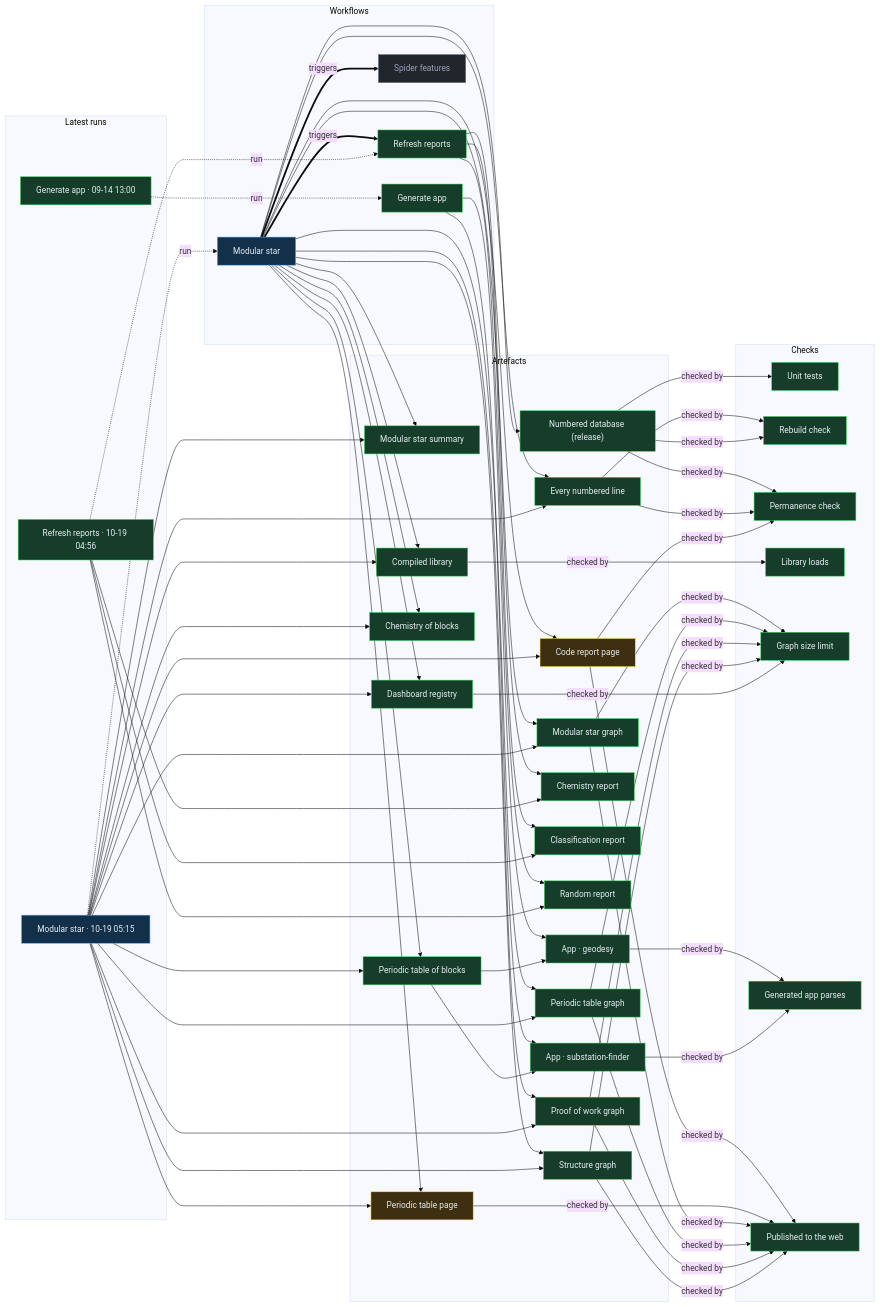
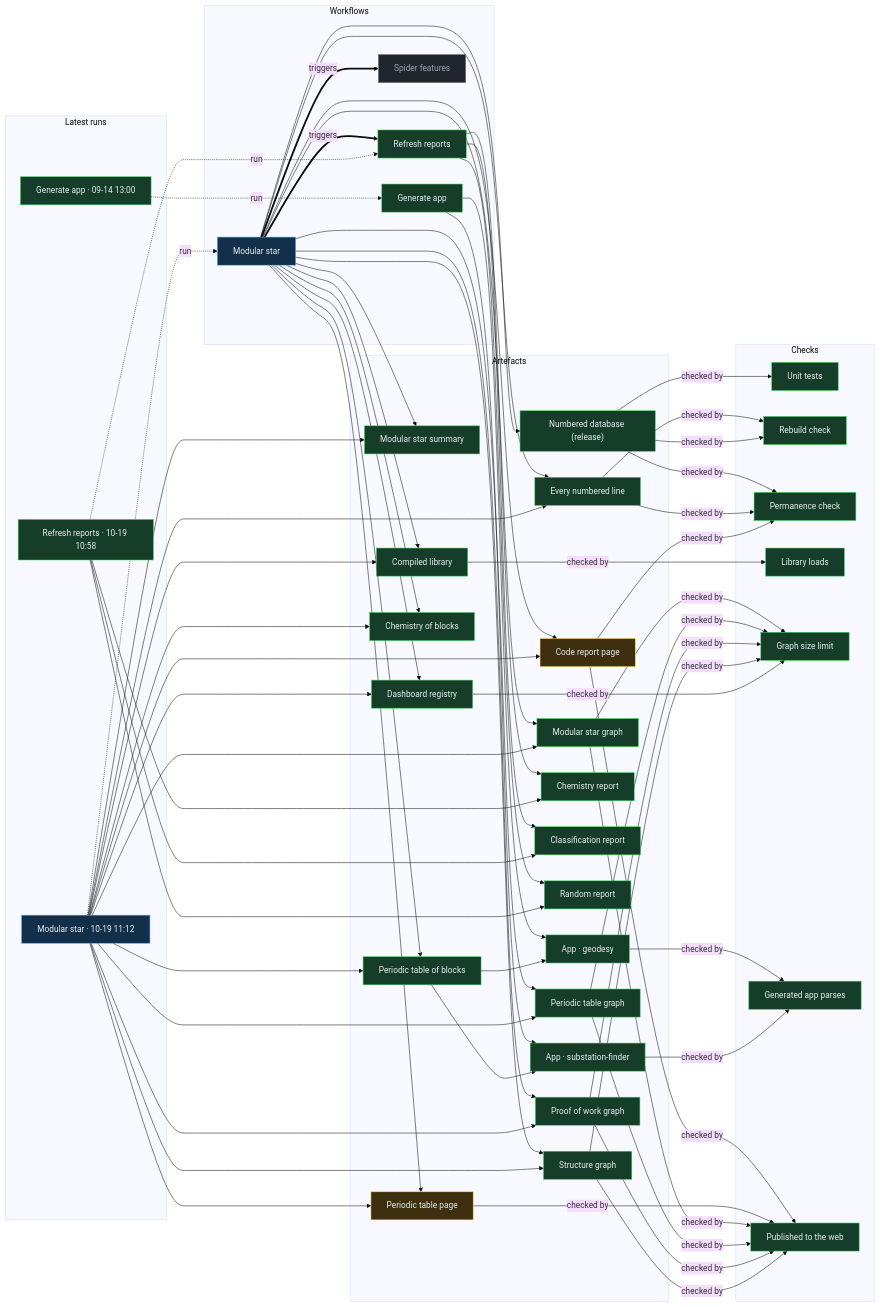
One commit to Ventusltd/stars changed the diagram in proof/PROOF.md. Above: the diagram before and after it, drawn with Mermaid (base theme). The commit also changed other lines of this file and 35 other files, not shown here.

Commit message:
Modular star 2026-10-19T11:14Z

```diff
--- a/proof/PROOF.md
+++ b/proof/PROOF.md
@@ -24,8 +24,8 @@
   n_wf_spider_features["Spider features"]:::off
   end
   subgraph g_runs["Latest runs"]
-  n_run_39203598775["Modular star · 10-19 05:15"]:::live
-  n_run_39202016427["Refresh reports · 10-19 04:56"]:::ok
+  n_run_39242935726["Modular star · 10-19 11:12"]:::live
+  n_run_39241307699["Refresh reports · 10-19 10:58"]:::ok
   n_run_34846587798["Generate app · 09-14 13:00"]:::ok
   end
   subgraph g_artefacts["Artefacts"]
@@ -59,39 +59,39 @@
   end
   n_wf_modular_star == triggers ==> n_wf_refresh
   n_wf_modular_star == triggers ==> n_wf_spider_features
-  n_run_39203598775 -. run .-> n_wf_modular_star
-  n_run_39202016427 -. run .-> n_wf_refresh
+  n_run_39242935726 -. run .-> n_wf_modular_star
+  n_run_39241307699 -. run .-> n_wf_refresh
   n_run_34846587798 -. run .-> n_wf_generate
   n_wf_modular_star --> n_art_summary
-  n_run_39203598775 --> n_art_summary
+  n_run_39242935726 --> n_art_summary
   n_wf_modular_star --> n_art_lines
-  n_run_39203598775 --> n_art_lines
+  n_run_39242935726 --> n_art_lines
   n_wf_modular_star --> n_art_code
-  n_run_39203598775 --> n_art_code
+  n_run_39242935726 --> n_art_code
   n_wf_modular_star --> n_art_modular_graph
-  n_run_39203598775 --> n_art_modular_graph
+  n_run_39242935726 --> n_art_modular_graph
   n_wf_modular_star --> n_art_blocks
-  n_run_39203598775 --> n_art_blocks
+  n_run_39242935726 --> n_art_blocks
   n_wf_modular_star --> n_art_table
-  n_run_39203598775 --> n_art_table
+  n_run_39242935726 --> n_art_table
   n_wf_modular_star --> n_art_blocks_graph
-  n_run_39203598775 --> n_art_blocks_graph
+  n_run_39242935726 --> n_art_blocks_graph
   n_wf_modular_star --> n_art_reactions
-  n_run_39203598775 --> n_art_reactions
+  n_run_39242935726 --> n_art_reactions
   n_wf_modular_star --> n_art_library
-  n_run_39203598775 --> n_art_library
+  n_run_39242935726 --> n_art_library
   n_wf_modular_star --> n_art_features
-  n_run_39203598775 --> n_art_features
+  n_run_39242935726 --> n_art_features
   n_wf_modular_star --> n_art_proof
-  n_run_39203598775 --> n_art_proof
+  n_run_39242935726 --> n_art_proof
   n_wf_modular_star --> n_art_structure
-  n_run_39203598775 --> n_art_structure
+  n_run_39242935726 --> n_art_structure
   n_wf_refresh --> n_art_chemistry
-  n_run_39202016427 --> n_art_chemistry
+  n_run_39241307699 --> n_art_chemistry
   n_wf_refresh --> n_art_vedic
-  n_run_39202016427 --> n_art_vedic
+  n_run_39241307699 --> n_art_vedic
   n_wf_refresh --> n_art_random
-  n_run_39202016427 --> n_art_random
+  n_run_39241307699 --> n_art_random
   n_wf_modular_star --> n_art_release
   n_wf_generate --> n_app_geodesy
   n_art_blocks --> n_app_geodesy
```
